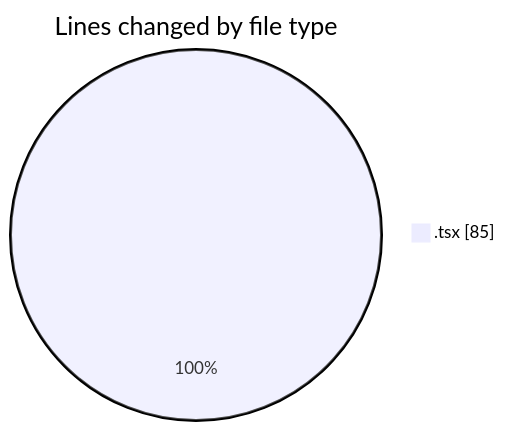
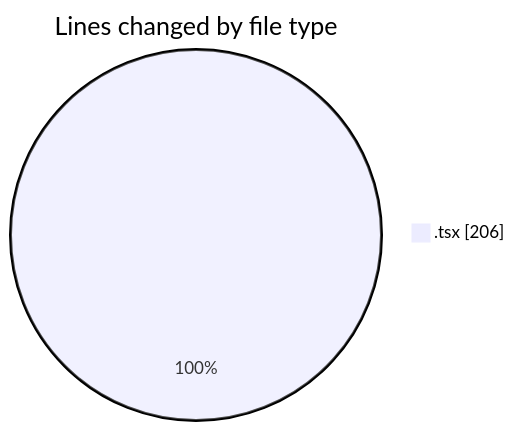
The first of 2 diagrams in 2025-02-05/mbc-web/README.md (robertbonfada/code-tracking), drawn with Mermaid before and after one commit. The commit also changed other lines of this file and 1 other file, not shown here.

````diff
--- a/2025-02-05/mbc-web/README.md
+++ b/2025-02-05/mbc-web/README.md
@@ -20,5 +21,5 @@
 ```mermaid
 pie showData
 title Lines changed by file type
-".tsx" : 85
+".tsx" : 206
 ```
````
